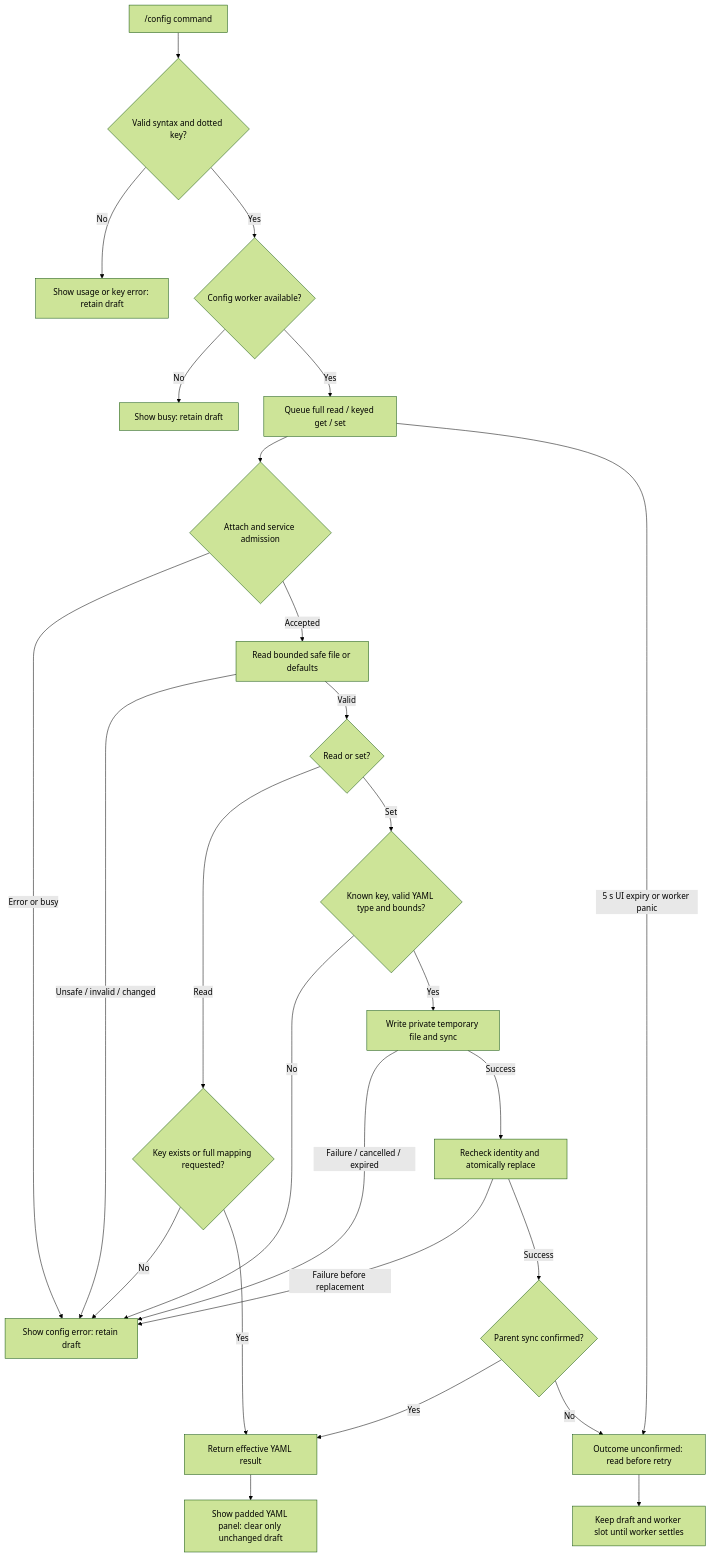
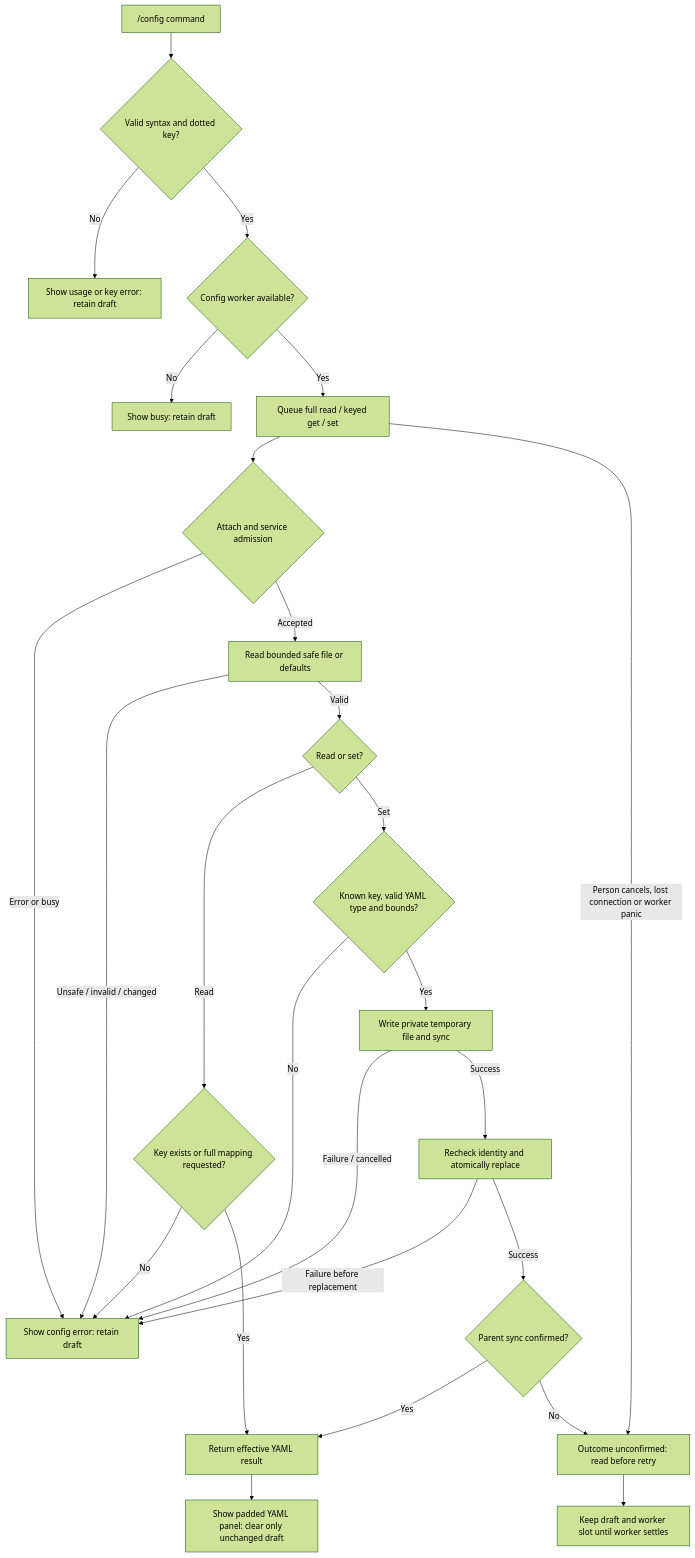
Before and after one commit to pidster/asura: the tenth of 18 diagrams in docs/designs/command-flows.md, drawn with Mermaid (forest theme). The commit also changed other lines of this file and 39 other files, not shown here.

````diff
--- a/docs/designs/command-flows.md
+++ b/docs/designs/command-flows.md
@@ -303,28 +315,28 @@
 ```mermaid
 flowchart TD
     Command["/config command"] --> Parse{"Valid syntax and dotted key?"}
     Parse -->|No| Syntax["Show usage or key error: retain draft"]
     Parse -->|Yes| Slot{"Config worker available?"}
     Slot -->|No| Busy["Show busy: retain draft"]
     Slot -->|Yes| Request["Queue full read / keyed get / set"]
     Request --> Service{"Attach and service admission"}
     Service -->|"Error or busy"| Failure["Show config error: retain draft"]
     Service -->|Accepted| Read["Read bounded safe file or defaults"]
     Read -->|"Unsafe / invalid / changed"| Failure
     Read -->|Valid| Operation{"Read or set?"}
     Operation -->|Read| Key{"Key exists or full mapping requested?"}
     Key -->|No| Failure
     Key -->|Yes| Value["Return effective YAML result"]
     Operation -->|Set| Validate{"Known key, valid YAML type and bounds?"}
     Validate -->|No| Failure
     Validate -->|Yes| Write["Write private temporary file and sync"]
-    Write -->|"Failure / cancelled / expired"| Failure
+    Write -->|"Failure / cancelled"| Failure
     Write -->|Success| Rename["Recheck identity and atomically replace"]
     Rename -->|"Failure before replacement"| Failure
     Rename -->|Success| Sync{"Parent sync confirmed?"}
     Sync -->|Yes| Value
     Sync -->|No| Unknown["Outcome unconfirmed: read before retry"]
-    Request -->|"5 s UI expiry or worker panic"| Unknown
+    Request -->|"Person cancels, lost connection or worker panic"| Unknown
     Value --> Panel["Show padded YAML panel: clear only unchanged draft"]
     Unknown --> Retain["Keep draft and worker slot until worker settles"]
 ```
````
